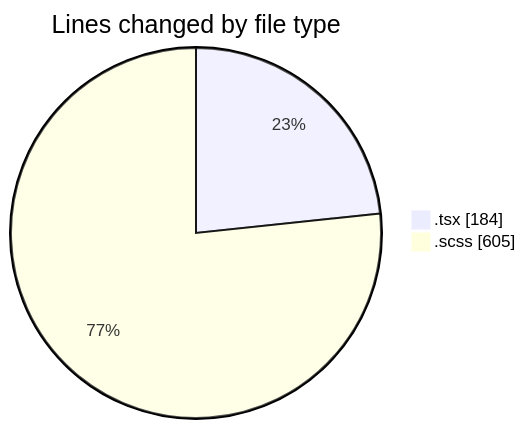
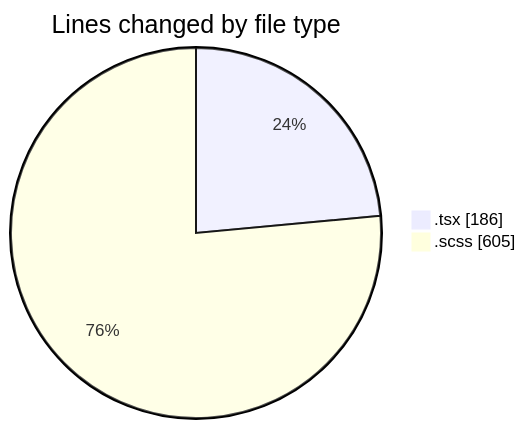
Before and after one commit to momahboobian/code-tracking: the first of 2 diagrams in 2025-03-27/cda/README.md, drawn with Mermaid. The commit also changed other lines of this file and 1 other file, not shown here.

````diff
--- a/2025-03-27/cda/README.md
+++ b/2025-03-27/cda/README.md
@@ -21,6 +21,6 @@
 ```mermaid
 pie showData
 title Lines changed by file type
-".tsx" : 184
+".tsx" : 186
 ".scss" : 605
 ```
````
